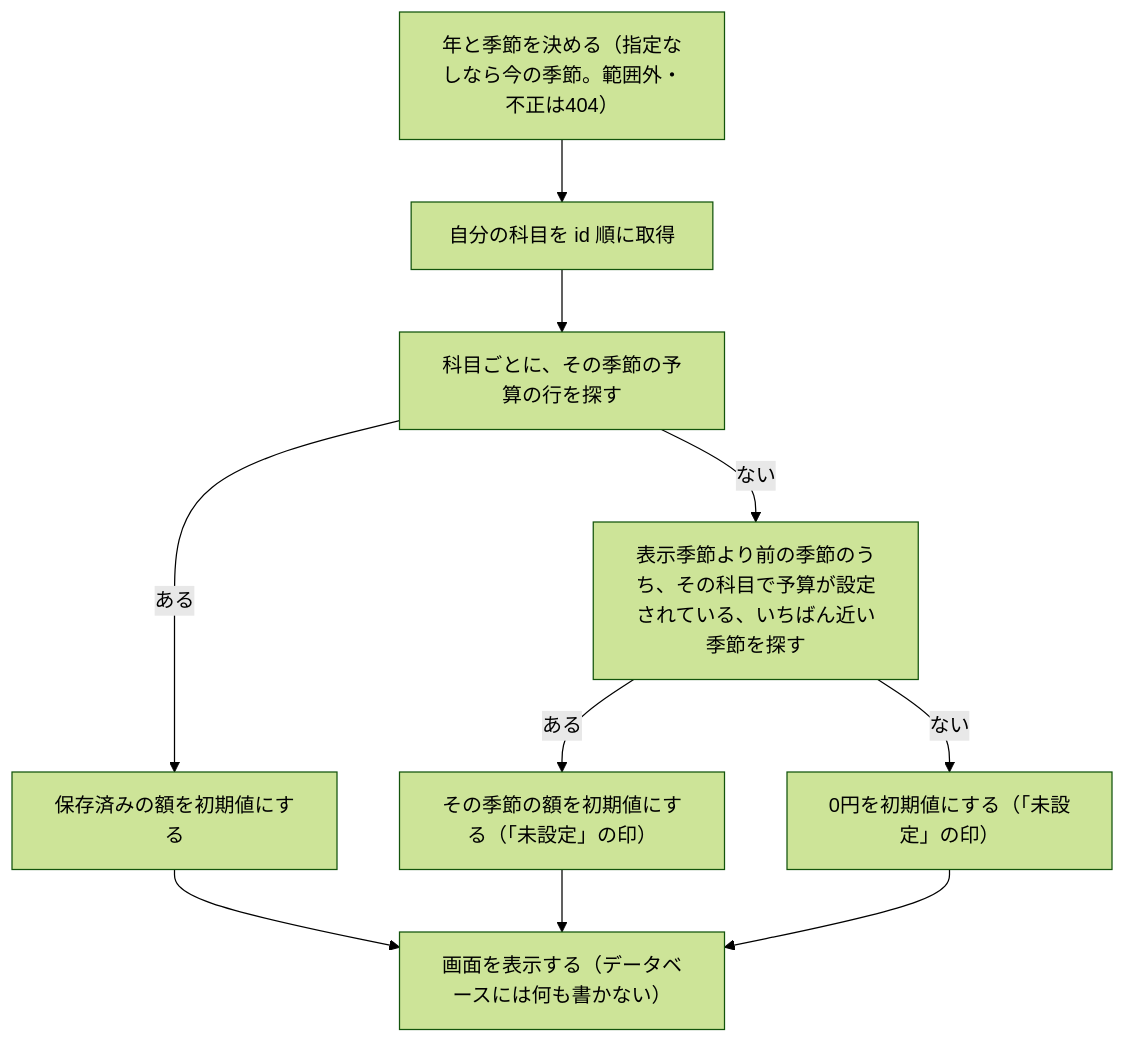
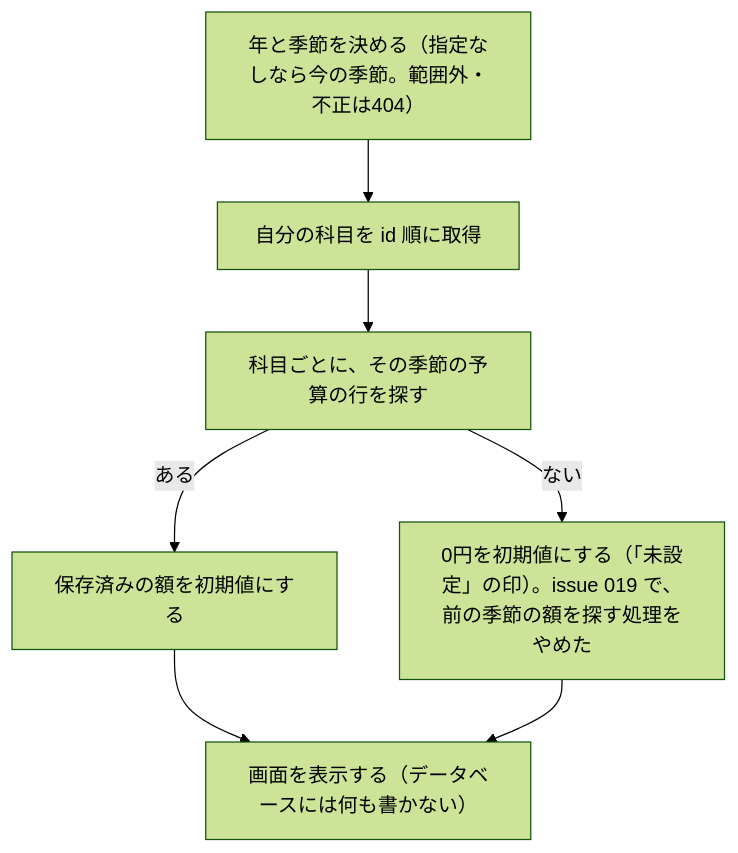
One commit to yutaro081/HouseholdBudget-SpringBoot changed the ninth of 17 diagrams in docs/reviews/design.md. Above: the diagram before and after it, drawn with Mermaid (forest theme). The commit also changed other lines of this file and 4 other files, not shown here.

````diff
--- a/docs/reviews/design.md
+++ b/docs/reviews/design.md
@@ -1208,12 +1230,9 @@
 ```mermaid
 flowchart TD
     A["年と季節を決める（指定なしなら今の季節。範囲外・不正は404）"] --> B["自分の科目を id 順に取得"]
     B --> C["科目ごとに、その季節の予算の行を探す"]
     C -->|ある| C1["保存済みの額を初期値にする"]
-    C -->|ない| D["表示季節より前の季節のうち、その科目で予算が設定されている、いちばん近い季節を探す"]
-    D -->|ある| D1["その季節の額を初期値にする（「未設定」の印）"]
-    D -->|ない| D2["0円を初期値にする（「未設定」の印）"]
+    C -->|ない| D2["0円を初期値にする（「未設定」の印）。issue 019 で、前の季節の額を探す処理をやめた"]
     C1 --> E["画面を表示する（データベースには何も書かない）"]
-    D1 --> E
     D2 --> E
 ```
````
